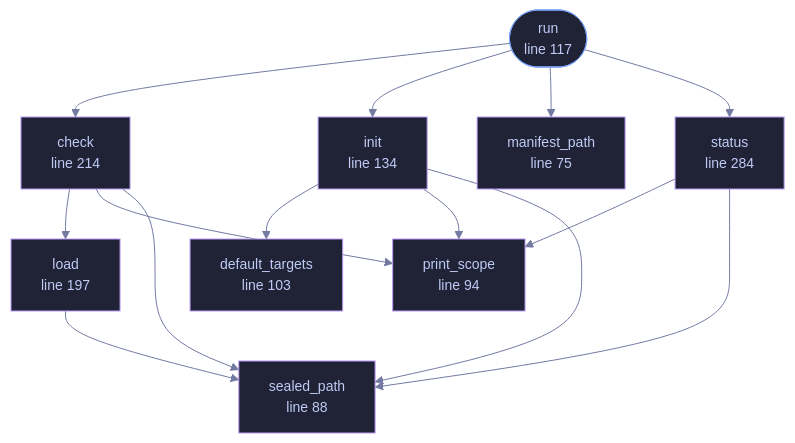
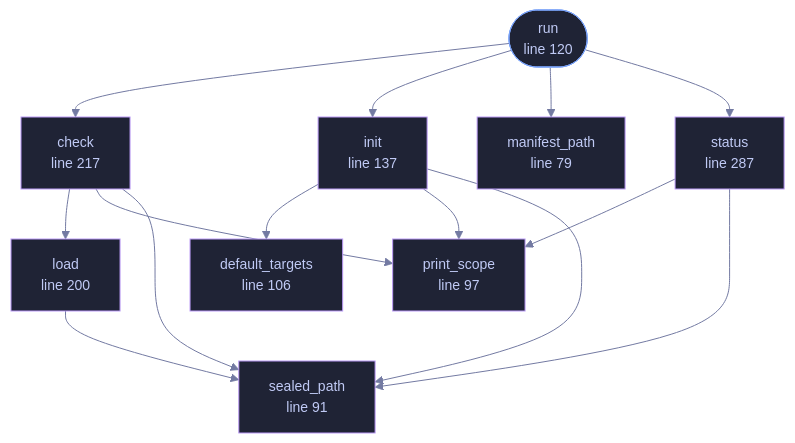
One commit to tilas01/veilvoice changed the diagram in docs/files/veilvoice-cli/guard.md. Above: the diagram before and after it, drawn with Mermaid. The commit also changed other lines of this file and 115 other files, not shown here.

````diff
--- a/docs/files/veilvoice-cli/guard.md
+++ b/docs/files/veilvoice-cli/guard.md
@@ -102,39 +102,39 @@
 ```mermaid
 %%{init: {"theme":"base","themeVariables":{"background":"#1a1b26","primaryColor":"#1f2335","primaryTextColor":"#c0caf5","primaryBorderColor":"#7aa2f7","secondaryColor":"#16161e","tertiaryColor":"#16161e","lineColor":"#737aa2","textColor":"#c0caf5","mainBkg":"#1f2335","nodeBorder":"#7aa2f7","clusterBkg":"#16161e","clusterBorder":"#2f3549","fontFamily":"ui-monospace, SFMono-Regular, Consolas, monospace","fontSize":"14px"}}}%%
 flowchart TD
-    n_manifest_path["manifest_path<br/>line 75"]
-    n_sealed_path["sealed_path<br/>line 88"]
-    n_print_scope["print_scope<br/>line 94"]
-    n_default_targets["default_targets<br/>line 103"]
-    n_run(["run<br/>line 117"])
-    n_init["init<br/>line 134"]
-    n_load["load<br/>line 197"]
-    n_check["check<br/>line 214"]
-    n_status["status<br/>line 284"]
+    n_manifest_path["manifest_path<br/>line 79"]
+    n_sealed_path["sealed_path<br/>line 91"]
+    n_print_scope["print_scope<br/>line 97"]
+    n_default_targets["default_targets<br/>line 106"]
+    n_run(["run<br/>line 120"])
+    n_init["init<br/>line 137"]
+    n_load["load<br/>line 200"]
+    n_check["check<br/>line 217"]
+    n_status["status<br/>line 287"]
     n_check --> n_load
     n_check --> n_print_scope
     n_check --> n_sealed_path
     n_init --> n_default_targets
     n_init --> n_print_scope
     n_init --> n_sealed_path
     n_load --> n_sealed_path
     n_run --> n_check
     n_run --> n_init
     n_run --> n_manifest_path
     n_run --> n_status
     n_status --> n_print_scope
     n_status --> n_sealed_path
-    click n_manifest_path href "https://github.com/tilas01/veilvoice/blob/main/crates/veilvoice-cli/src/guard.rs#L75" "open the source"
-    click n_sealed_path href "https://github.com/tilas01/veilvoice/blob/main/crates/veilvoice-cli/src/guard.rs#L88" "open the source"
-    click n_print_scope href "https://github.com/tilas01/veilvoice/blob/main/crates/veilvoice-cli/src/guard.rs#L94" "open the source"
-    click n_default_targets href "https://github.com/tilas01/veilvoice/blob/main/crates/veilvoice-cli/src/guard.rs#L103" "open the source"
-    click n_run href "https://github.com/tilas01/veilvoice/blob/main/crates/veilvoice-cli/src/guard.rs#L117" "open the source"
-    click n_init href "https://github.com/tilas01/veilvoice/blob/main/crates/veilvoice-cli/src/guard.rs#L134" "open the source"
-    click n_load href "https://github.com/tilas01/veilvoice/blob/main/crates/veilvoice-cli/src/guard.rs#L197" "open the source"
-    click n_check href "https://github.com/tilas01/veilvoice/blob/main/crates/veilvoice-cli/src/guard.rs#L214" "open the source"
-    click n_status href "https://github.com/tilas01/veilvoice/blob/main/crates/veilvoice-cli/src/guard.rs#L284" "open the source"
+    click n_manifest_path href "https://github.com/tilas01/veilvoice/blob/main/crates/veilvoice-cli/src/guard.rs#L79" "open the source"
+    click n_sealed_path href "https://github.com/tilas01/veilvoice/blob/main/crates/veilvoice-cli/src/guard.rs#L91" "open the source"
+    click n_print_scope href "https://github.com/tilas01/veilvoice/blob/main/crates/veilvoice-cli/src/guard.rs#L97" "open the source"
+    click n_default_targets href "https://github.com/tilas01/veilvoice/blob/main/crates/veilvoice-cli/src/guard.rs#L106" "open the source"
+    click n_run href "https://github.com/tilas01/veilvoice/blob/main/crates/veilvoice-cli/src/guard.rs#L120" "open the source"
+    click n_init href "https://github.com/tilas01/veilvoice/blob/main/crates/veilvoice-cli/src/guard.rs#L137" "open the source"
+    click n_load href "https://github.com/tilas01/veilvoice/blob/main/crates/veilvoice-cli/src/guard.rs#L200" "open the source"
+    click n_check href "https://github.com/tilas01/veilvoice/blob/main/crates/veilvoice-cli/src/guard.rs#L217" "open the source"
+    click n_status href "https://github.com/tilas01/veilvoice/blob/main/crates/veilvoice-cli/src/guard.rs#L287" "open the source"
     classDef entry fill:#1f2335,stroke:#7aa2f7,color:#c0caf5
     class n_run entry
     classDef helper fill:#1f2335,stroke:#bb9af7,color:#c0caf5
     class n_manifest_path,n_sealed_path,n_print_scope,n_default_targets,n_init,n_load,n_check,n_status helper
 ```
````
